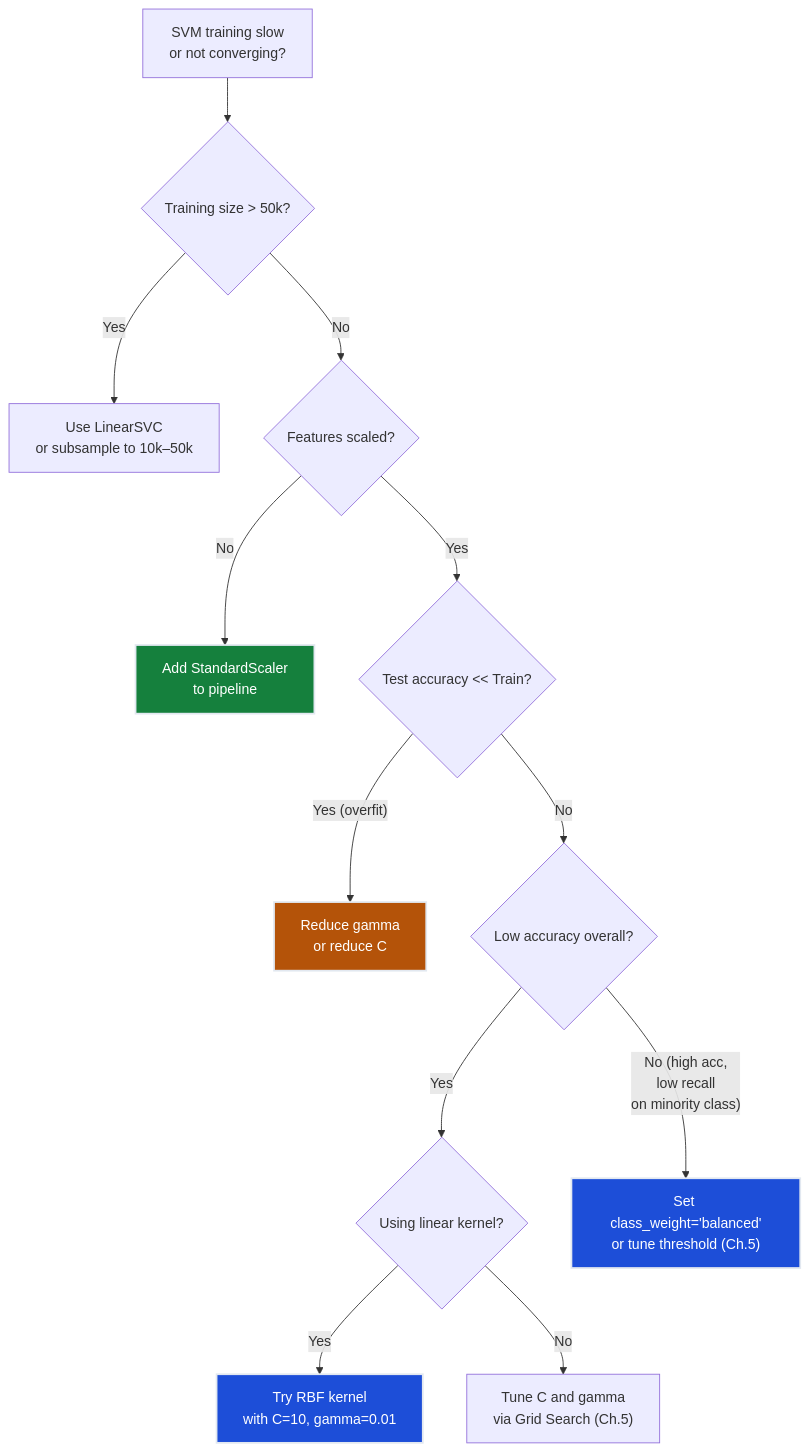
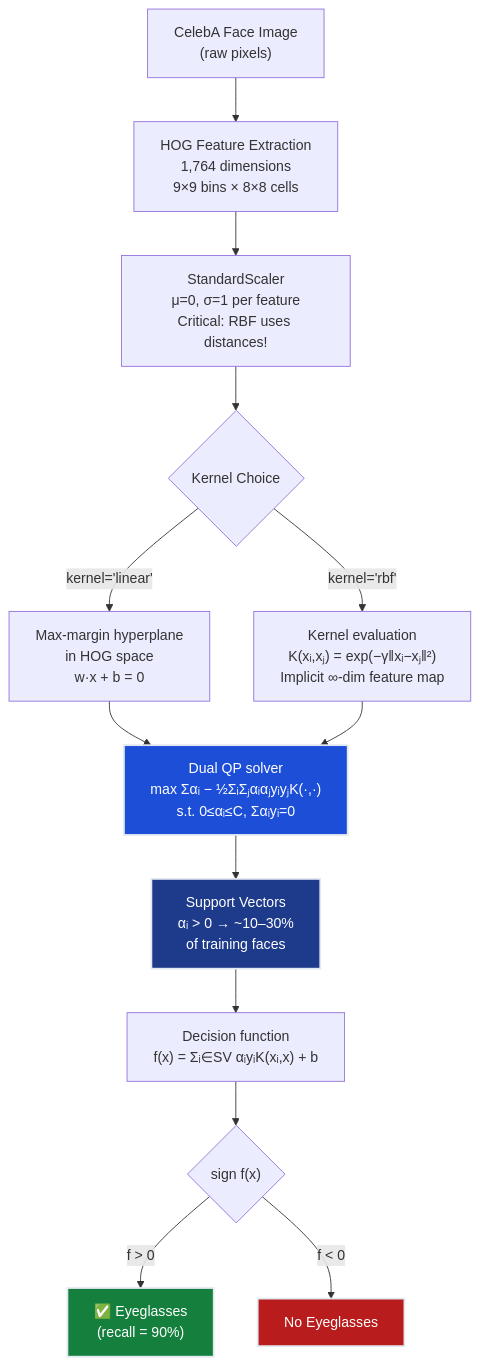
Before and after one commit to deepakshamsft/ai-portfolio: the fifth of 6 diagrams in notes/01-ml/02_classification/ch04_svm/README.md, drawn with Mermaid. The commit also changed other lines of this file and 727 other files, not shown here.

````diff
--- a/notes/01-ml/02_classification/ch04_svm/README.md
+++ b/notes/01-ml/02_classification/ch04_svm/README.md
@@ -500,19 +791,20 @@
 ```mermaid
 graph TD
-    A["SVM training slow<br/>or not converging?"] --> B{"Training size > 50k?"}
-    B -->|"Yes"| C["Use LinearSVC<br/>or subsample to 10k–50k"]
-    B -->|"No"| D{"Features scaled?"}
-    D -->|"No"| E["Add StandardScaler<br/>to pipeline"]
-    D -->|"Yes"| F{"Test accuracy << Train?"}
-    F -->|"Yes (overfit)"| G["Reduce gamma<br/>or reduce C"]
-    F -->|"No"| H{"Low accuracy overall?"}
-    H -->|"Yes"| I{"Using linear kernel?"}
-    I -->|"Yes"| J["Try RBF kernel<br/>with C=10, gamma=0.01"]
-    I -->|"No"| K["Tune C and gamma<br/>via Grid Search (Ch.5)"]
-    H -->|"No (high acc,<br/>low recall<br/>on minority class)"| L["Set class_weight='balanced'<br/>or tune threshold (Ch.5)"]
-    
-    style E fill:#15803d,stroke:#e2e8f0,stroke-width:2px,color:#ffffff
-    style G fill:#b45309,stroke:#e2e8f0,stroke-width:2px,color:#ffffff
-    style J fill:#1d4ed8,stroke:#e2e8f0,stroke-width:2px,color:#ffffff
-    style L fill:#1d4ed8,stroke:#e2e8f0,stroke-width:2px,color:#ffffff
+    A["CelebA Face Image\n(raw pixels)"] --> B["HOG Feature Extraction\n1,764 dimensions\n9×9 bins × 8×8 cells"]
+    B --> C["StandardScaler\nμ=0, σ=1 per feature\nCritical: RBF uses distances!"]
+    C --> D{"Kernel Choice"}
+    D -->|"kernel='linear'"| E["Max-margin hyperplane\nin HOG space\nw·x + b = 0"]
+    D -->|"kernel='rbf'"| F["Kernel evaluation\nK(xᵢ,xⱼ) = exp(−γ‖xᵢ−xⱼ‖²)\nImplicit ∞-dim feature map"]
+    E --> G["Dual QP solver\nmax Σαᵢ − ½ΣᵢΣⱼαᵢαⱼyᵢyⱼK(·,·)\ns.t. 0≤αᵢ≤C, Σαᵢyᵢ=0"]
+    F --> G
+    G --> H["Support Vectors\nαᵢ > 0 → ~10–30%\nof training faces"]
+    H --> I["Decision function\nf(x) = Σᵢ∈SV αᵢyᵢK(xᵢ,x) + b"]
+    I --> J{"sign f(x)"}
+    J -->|"f > 0"| K["✅ Eyeglasses\n(recall = 90%)"]
+    J -->|"f < 0"| L["No Eyeglasses"]
+
+    style K fill:#15803d,stroke:#e2e8f0,stroke-width:2px,color:#ffffff
+    style H fill:#1e3a8a,stroke:#e2e8f0,stroke-width:2px,color:#ffffff
+    style G fill:#1d4ed8,stroke:#e2e8f0,stroke-width:2px,color:#ffffff
+    style L fill:#b91c1c,stroke:#e2e8f0,stroke-width:2px,color:#ffffff
 ```
````
